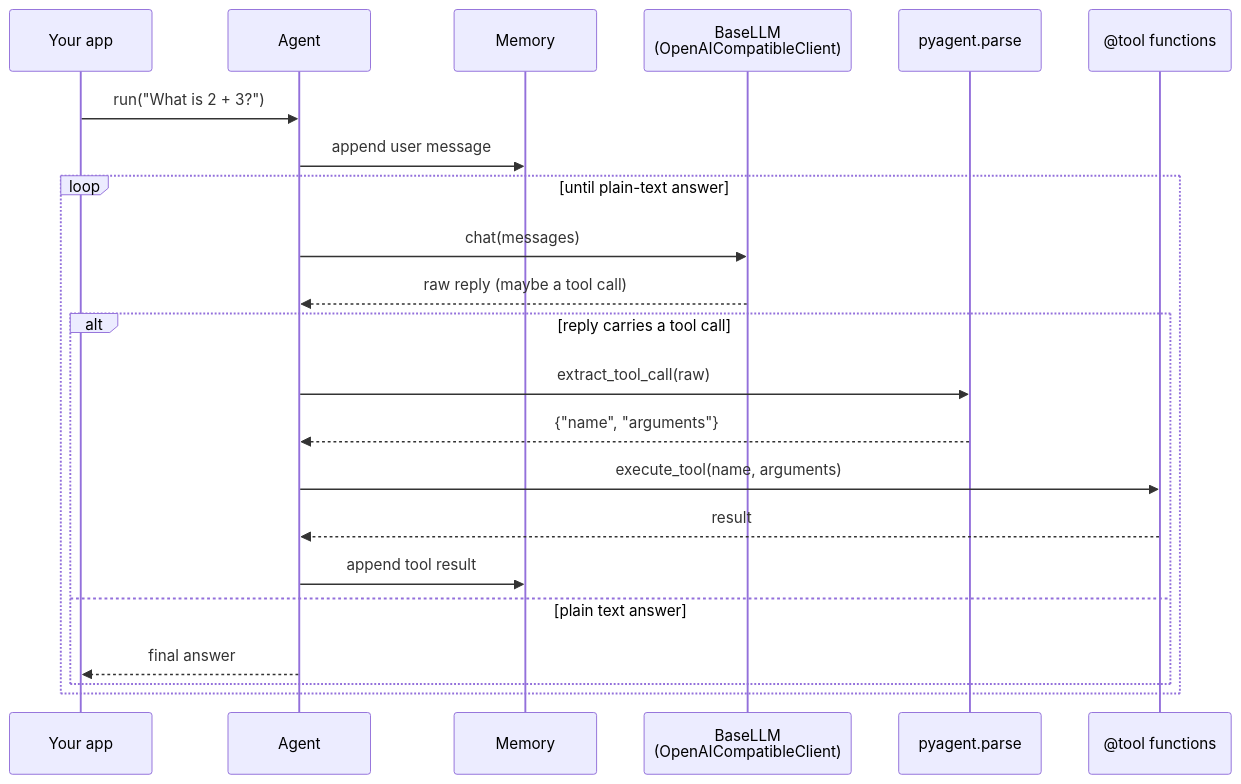
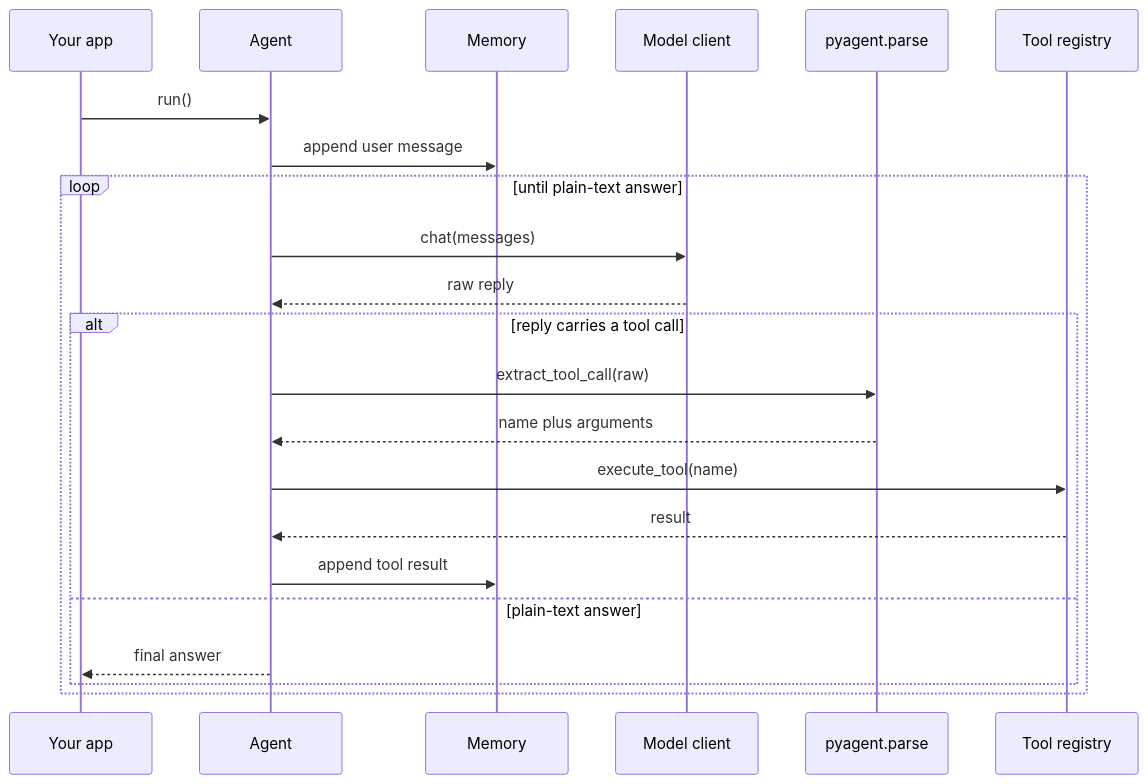
Before and after one commit to honeyamn10-source/pyagent: the diagram in README.md, drawn with Mermaid.

Commit message:
docs: use maximally-compatible Mermaid syntax for agent-loop diagram

````diff
--- a/README.md
+++ b/README.md
@@ -88,25 +88,25 @@
 ```mermaid
 sequenceDiagram
     participant U as Your app
     participant A as Agent
     participant M as Memory
-    participant L as BaseLLM<br/>(OpenAICompatibleClient)
+    participant L as Model client
     participant P as pyagent.parse
-    participant T as @tool functions
+    participant T as Tool registry
 
-    U->>A: run("What is 2 + 3?")
+    U->>A: run()
     A->>M: append user message
     loop until plain-text answer
         A->>L: chat(messages)
-        L-->>A: raw reply (maybe a tool call)
+        L-->>A: raw reply
         alt reply carries a tool call
             A->>P: extract_tool_call(raw)
-            P-->>A: {"name", "arguments"}
-            A->>T: execute_tool(name, arguments)
+            P-->>A: name plus arguments
+            A->>T: execute_tool(name)
             T-->>A: result
             A->>M: append tool result
-        else plain text answer
+        else plain-text answer
             A-->>U: final answer
         end
     end
 ```
````
